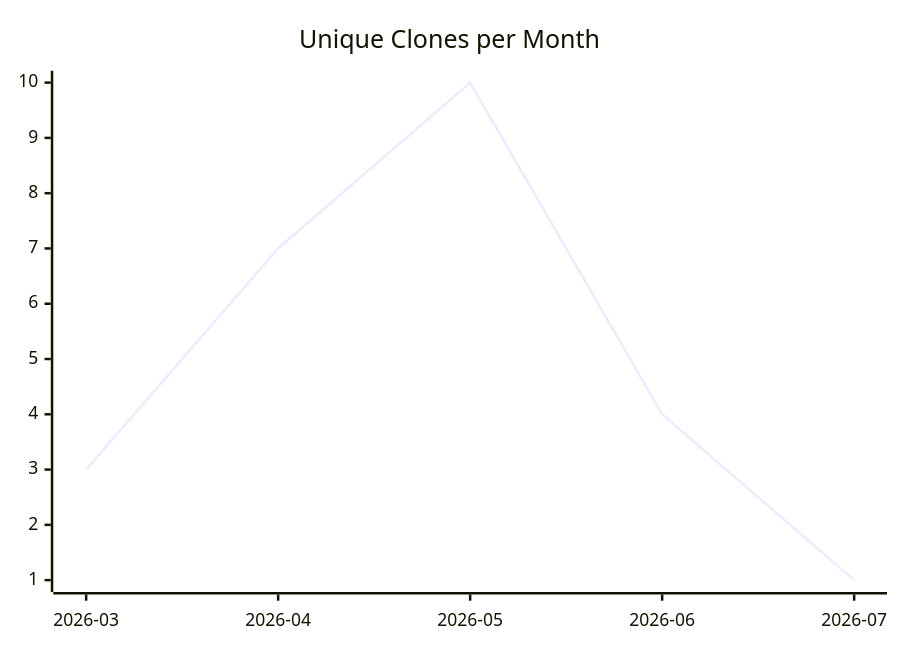
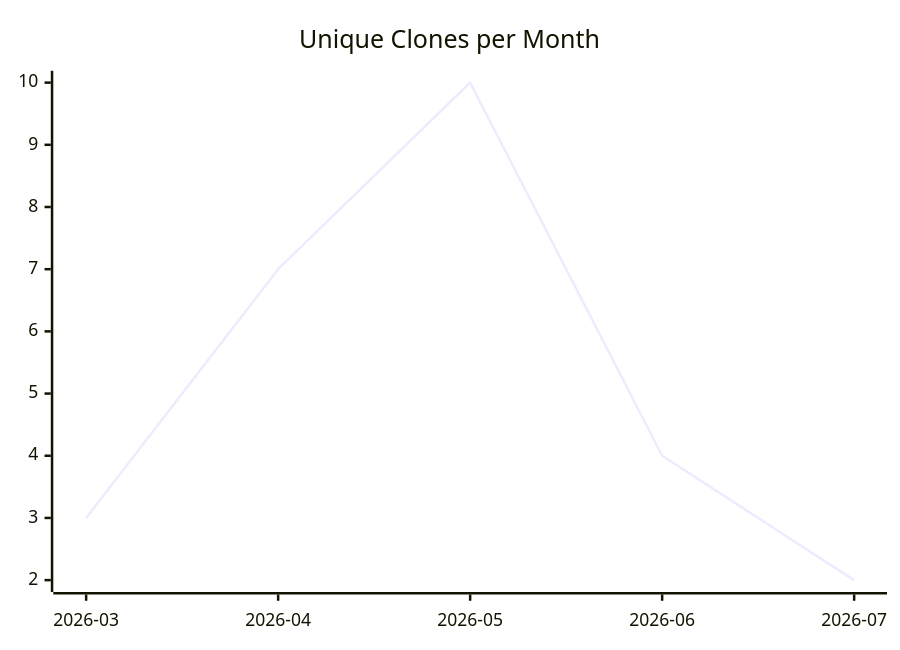
Before and after one commit to justdavis-family/github-analytics-data: the third of 3 diagrams in karlmdavis/test-repo-for-move/README.md, drawn with Mermaid. The commit also changed other lines of this file and 193 other files, not shown here.

````diff
--- a/karlmdavis/test-repo-for-move/README.md
+++ b/karlmdavis/test-repo-for-move/README.md
@@ -19,6 +19,6 @@
 ```mermaid
 xychart-beta
   title "Unique Clones per Month"
   x-axis ["2026-03", "2026-04", "2026-05", "2026-06", "2026-07"]
-  line [3, 7, 10, 4, 1]
+  line [3, 7, 10, 4, 2]
 ```
````
